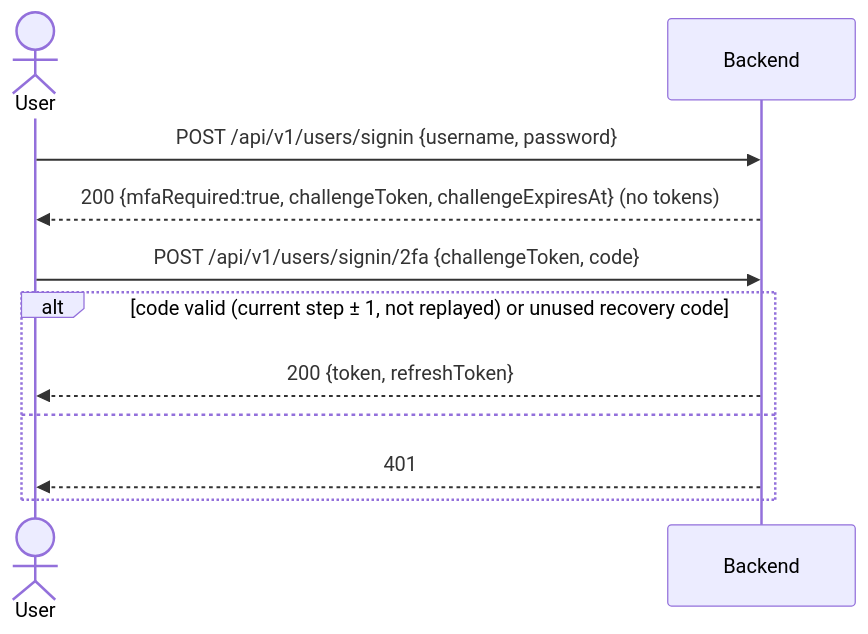
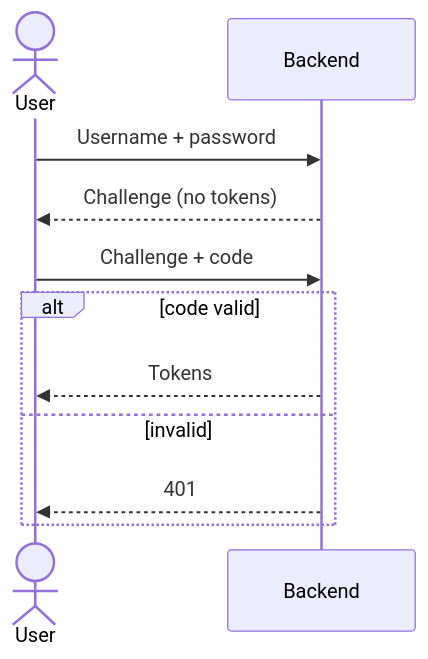
One commit to slawekradzyminski/awesome-localstack changed the third of 5 diagrams in docs-site/docs/flows/accounts.md. Above: the diagram before and after it, drawn with Mermaid. The commit also changed other lines of this file and 27 other files, not shown here.

First line of the commit message:
Fix unrendered wiki diagrams and make every diagram readable

````diff
--- a/docs-site/docs/flows/accounts.md
+++ b/docs-site/docs/flows/accounts.md
@@ -75,13 +73,13 @@
 ```mermaid
 sequenceDiagram
     actor U as User
     participant B as Backend
-    U->>B: POST /api/v1/users/signin {username, password}
-    B-->>U: 200 {mfaRequired:true, challengeToken, challengeExpiresAt} (no tokens)
-    U->>B: POST /api/v1/users/signin/2fa {challengeToken, code}
-    alt code valid (current step ± 1, not replayed) or unused recovery code
-        B-->>U: 200 {token, refreshToken}
-    else
+    U->>B: Username + password
+    B-->>U: Challenge (no tokens)
+    U->>B: Challenge + code
+    alt code valid
+        B-->>U: Tokens
+    else invalid
         B-->>U: 401
     end
 ```
````
